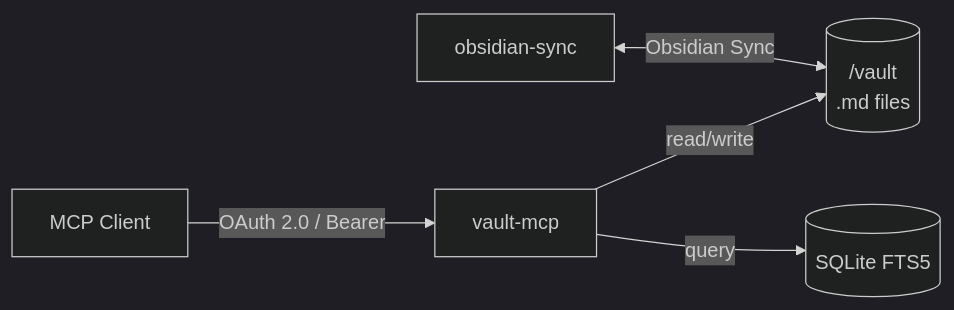
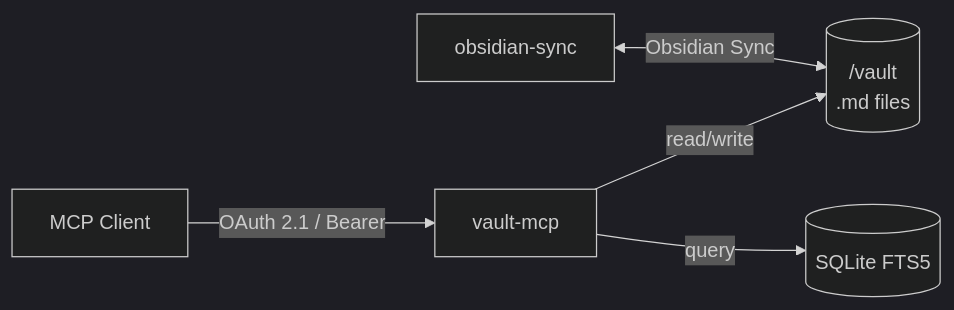
Before and after one commit to aliasunder/vault-cortex: the diagram in README.md, drawn with Mermaid (dark theme). The commit also changed other lines of this file and 5 other files, not shown here.

````diff
--- a/README.md
+++ b/README.md
@@ -139,7 +139,7 @@
 ```mermaid
 graph LR
-    Client["MCP Client"] -->|OAuth 2.0 / Bearer| Server["vault-mcp"]
+    Client["MCP Client"] -->|OAuth 2.1 / Bearer| Server["vault-mcp"]
     Server -->|read/write| Vault[("/vault<br/>.md files")]
     Server -->|query| SQLite[("SQLite FTS5")]
     Sync["obsidian-sync"] <-->|Obsidian Sync| Vault
 ```
````
